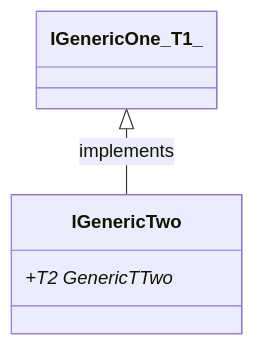
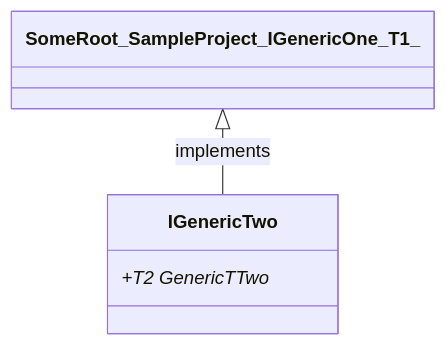
The fifth of 7 diagrams in test/SampleProject/CODE_METRICS.md (erichiller/gh-action-cs-metrics), drawn with Mermaid before and after one commit. The commit also changed other lines of this file, not shown here.

````diff
--- a/test/SampleProject/CODE_METRICS.md
+++ b/test/SampleProject/CODE_METRICS.md
@@ -271,11 +271,11 @@
 ```mermaid
 %%{init: {
     'fontFamily': 'monospace'
 } }%%
 classDiagram
-IGenericOne_T1_ <|-- SomeRoot_SampleProject_IGenericTwo_T1__T2_ : implements
+SomeRoot_SampleProject_IGenericOne_T1_ <|-- SomeRoot_SampleProject_IGenericTwo_T1__T2_ : implements
 class SomeRoot_SampleProject_IGenericTwo_T1__T2_ ["IGenericTwo"] {
     +T2 GenericTTwo*
 }
 
 ```
````
